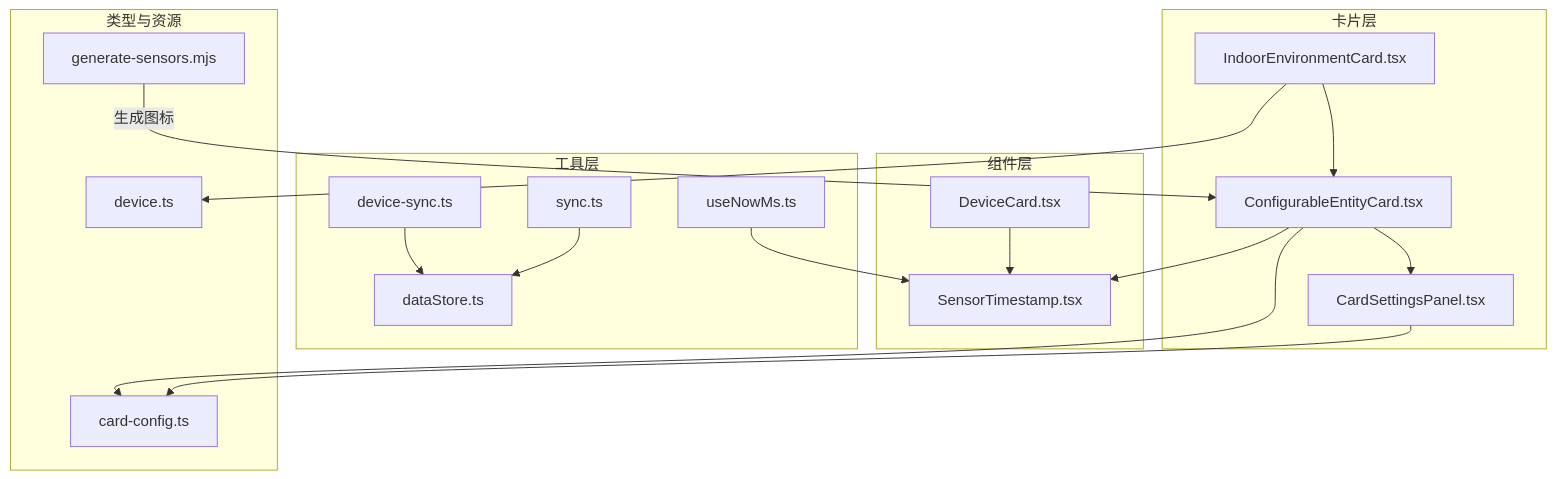
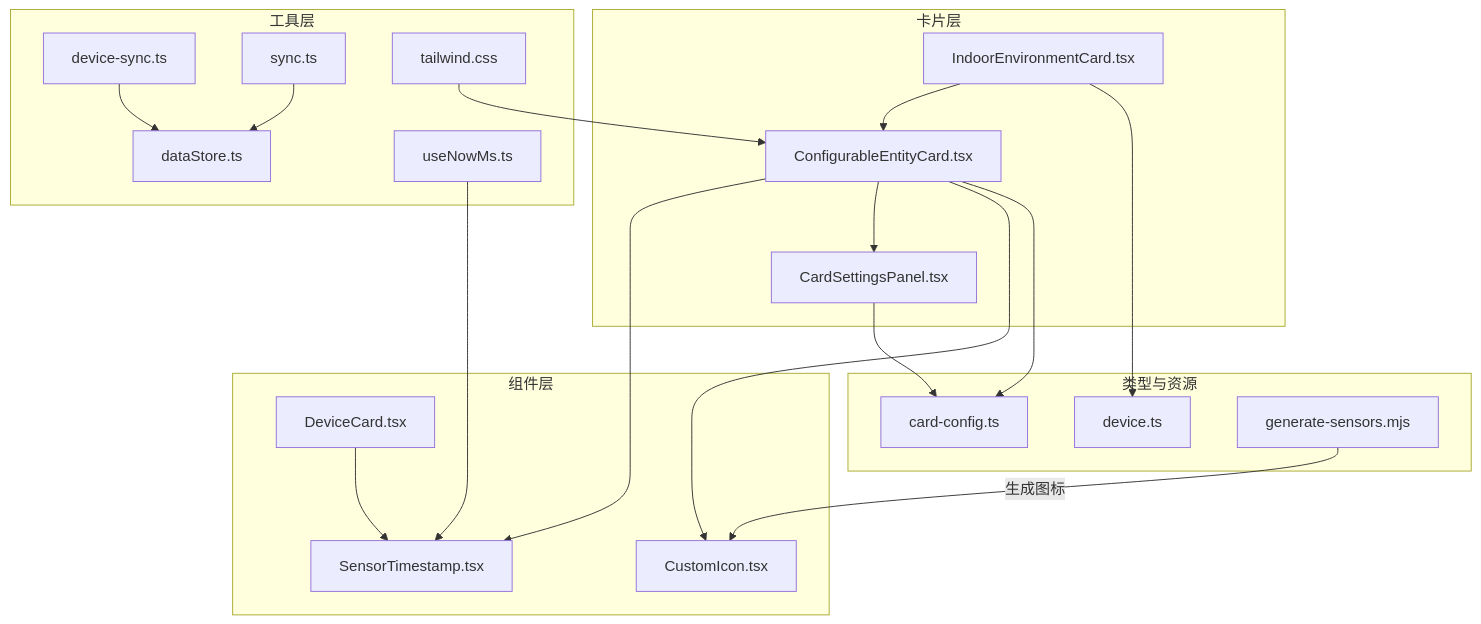
The first of 8 diagrams in .qoder/repowiki/zh/content/设备控制模块/传感器监控系统.md (skyeyinkun/HAUI), drawn with Mermaid before and after one commit. The commit also changed other lines of this file and 23 other files, not shown here.

````diff
--- a/.qoder/repowiki/zh/content/设备控制模块/传感器监控系统.md
+++ b/.qoder/repowiki/zh/content/设备控制模块/传感器监控系统.md
@@ -42,34 +46,38 @@
 ```mermaid
 graph TB
 subgraph "卡片层"
 A["IndoorEnvironmentCard.tsx"]
 B["ConfigurableEntityCard.tsx"]
 C["CardSettingsPanel.tsx"]
 end
 subgraph "组件层"
 D["SensorTimestamp.tsx"]
 E["DeviceCard.tsx"]
+F["CustomIcon.tsx"]
 end
 subgraph "工具层"
-F["device-sync.ts"]
-G["sync.ts"]
-H["dataStore.ts"]
-I["useNowMs.ts"]
+G["device-sync.ts"]
+H["sync.ts"]
+I["dataStore.ts"]
+J["useNowMs.ts"]
+K["tailwind.css"]
 end
 subgraph "类型与资源"
-J["device.ts"]
-K["card-config.ts"]
-L["generate-sensors.mjs"]
+L["device.ts"]
+M["card-config.ts"]
+N["generate-sensors.mjs"]
 end
 A --> B
 B --> D
 B --> C
+B --> F
 E --> D
-F --> H
-G --> H
-I --> D
-A --> J
-B --> K
-C --> K
-L --> |"生成图标"| B
+G --> I
+H --> I
+J --> D
+K --> B
+A --> L
+B --> M
+C --> M
+N --> |"生成图标"| F
 ```
````
